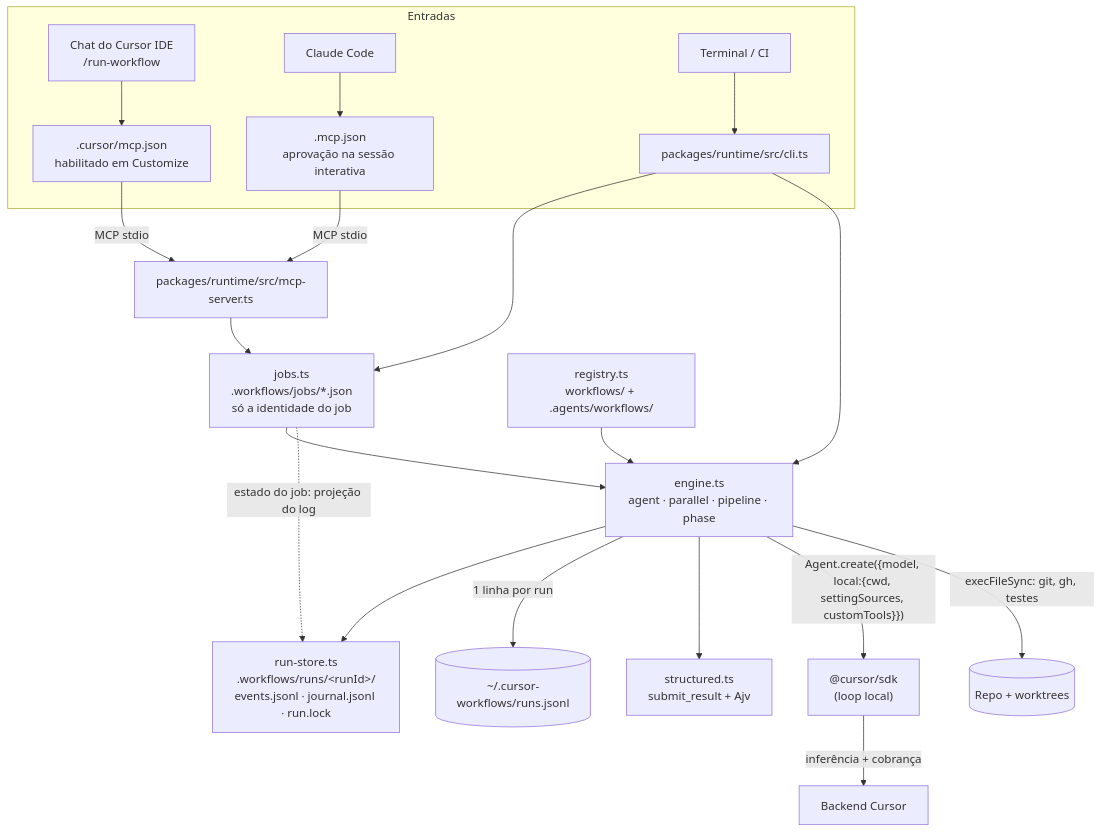
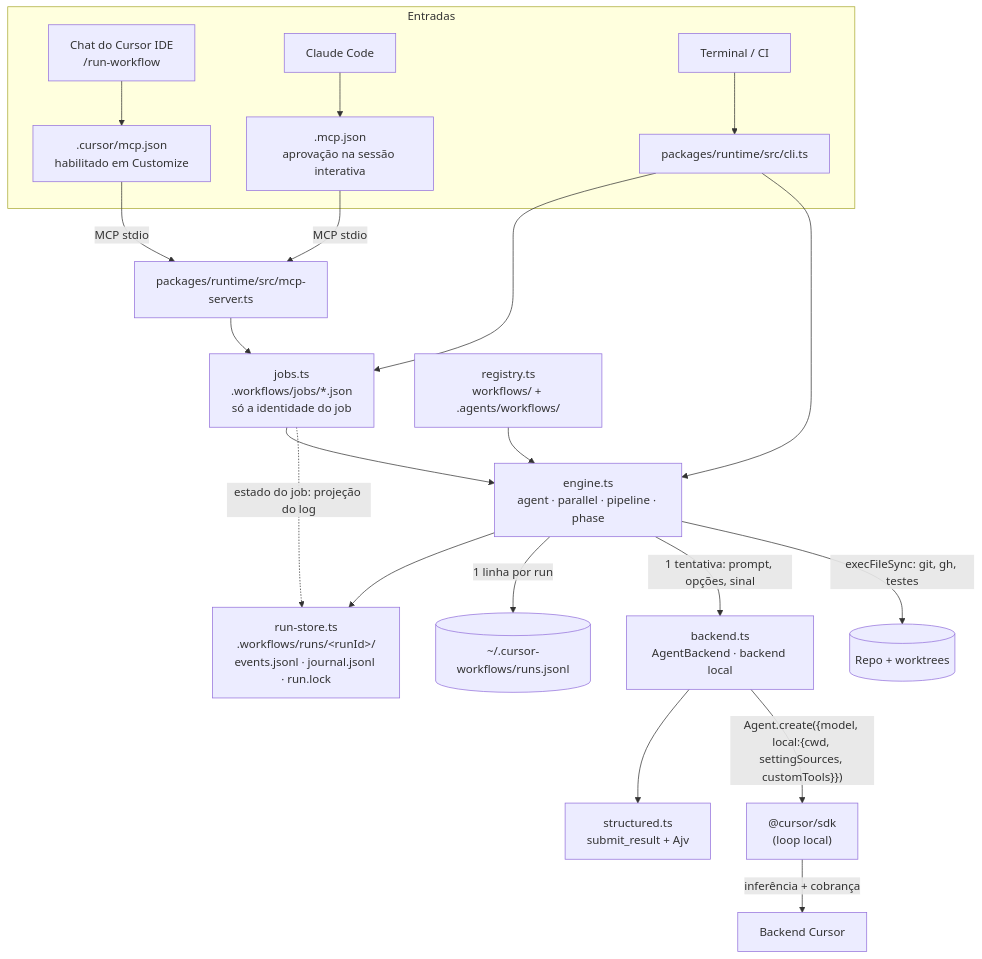
Before and after one commit to rodrigorjsf/cursor-workflows-starter: the first of 2 diagrams in docs/internals/01-arquitetura.md, drawn with Mermaid. The commit also changed other lines of this file and 5 other files, not shown here.

First line of the commit message:
feat(runtime): AgentBackend seam with the local backend behind it

````diff
--- a/docs/internals/01-arquitetura.md
+++ b/docs/internals/01-arquitetura.md
@@ -5,22 +5,23 @@
 ```mermaid
 flowchart TB
   subgraph Entradas
     CHAT["Chat do Cursor IDE<br/>/run-workflow"] --> CREG[".cursor/mcp.json<br/>habilitado em Customize"]
     CCODE["Claude Code"] --> CCREG[".mcp.json<br/>aprovação na sessão interativa"]
     TERM["Terminal / CI"] --> CLI[packages/runtime/src/cli.ts]
   end
   CREG -->|MCP stdio| MCP[packages/runtime/src/mcp-server.ts]
   CCREG -->|MCP stdio| MCP
   MCP --> JOBS[jobs.ts<br/>.workflows/jobs/*.json<br/>só a identidade do job]
   CLI --> JOBS
   CLI --> ENG
   JOBS --> ENG[engine.ts<br/>agent · parallel · pipeline · phase]
   REG[registry.ts<br/>workflows/ + .agents/workflows/] --> ENG
   ENG --> JR[run-store.ts<br/>.workflows/runs/&lt;runId&gt;/<br/>events.jsonl · journal.jsonl · run.lock]
   JOBS -.->|"estado do job: projeção do log"| JR
   ENG -->|1 linha por run| IDX[("~/.cursor-workflows/runs.jsonl")]
-  ENG --> ST[structured.ts<br/>submit_result + Ajv]
-  ENG -->|"Agent.create({model, local:{cwd, settingSources, customTools}})"| SDK["@cursor/sdk<br/>(loop local)"]
+  ENG -->|"1 tentativa: prompt, opções, sinal"| BE[backend.ts<br/>AgentBackend · backend local]
+  BE --> ST[structured.ts<br/>submit_result + Ajv]
+  BE -->|"Agent.create({model, local:{cwd, settingSources, customTools}})"| SDK["@cursor/sdk<br/>(loop local)"]
   SDK -->|inferência + cobrança| CUR[Backend Cursor]
   ENG -->|"execFileSync: git, gh, testes"| REPO[(Repo + worktrees)]
 ```
````
